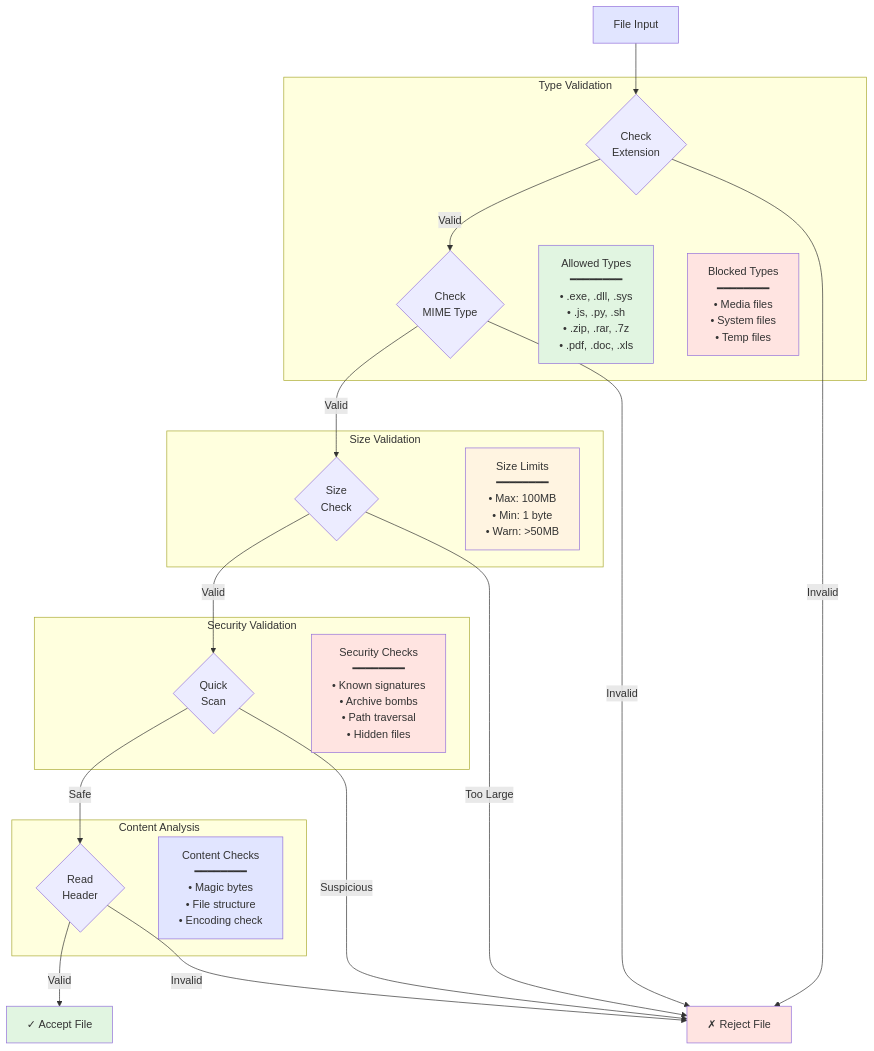
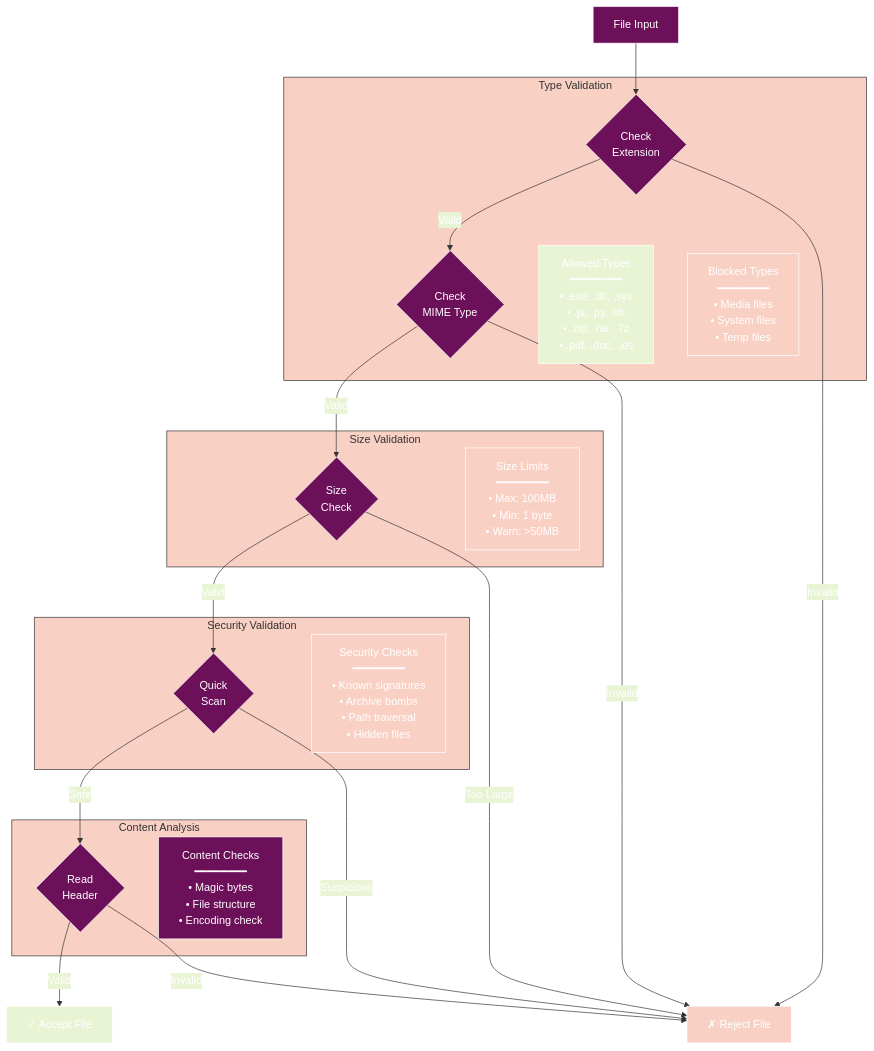
Before and after one commit to radicalkjax/Athena: the fourth of 13 diagrams in docs/components/FILE_UPLOADER.md, drawn with Mermaid. The commit also changed other lines of this file and 27 other files, not shown here.

Commit message:
Introduction of expo package manager. Updated docs to reflect changes. Unified mermaid theme for docs.

````diff
--- a/docs/components/FILE_UPLOADER.md
+++ b/docs/components/FILE_UPLOADER.md
@@ -171,59 +234,80 @@
 ```mermaid
+%%{init: {
+  'theme': 'base',
+  'themeVariables': {
+    'primaryColor': '#6d105a',
+    'primaryTextColor': '#ffffff',
+    'primaryBorderColor': '#ffffff',
+    'lineColor': '#333333',
+    'secondaryColor': '#e8f4d4',
+    'secondaryTextColor': '#333333',
+    'secondaryBorderColor': '#333333',
+    'tertiaryColor': '#f9d0c4',
+    'tertiaryTextColor': '#333333',
+    'tertiaryBorderColor': '#333333',
+    'background': '#ffffff',
+    'mainBkg': '#6d105a',
+    'secondBkg': '#e8f4d4',
+    'tertiaryBkg': '#f9d0c4',
+    'textColor': '#333333',
+    'fontFamily': 'Arial, sans-serif'
+  }
+}}%%
 flowchart TD
     Start[File Input]
     
     subgraph "Type Validation"
         CheckExt{Check<br/>Extension}
         CheckMime{Check<br/>MIME Type}
         
         AllowedTypes[Allowed Types<br/>━━━━━━━━<br/>• .exe, .dll, .sys<br/>• .js, .py, .sh<br/>• .zip, .rar, .7z<br/>• .pdf, .doc, .xls]
         
         BlockedTypes[Blocked Types<br/>━━━━━━━━<br/>• Media files<br/>• System files<br/>• Temp files]
     end
     
     subgraph "Size Validation"
         CheckSize{Size<br/>Check}
         
         SizeLimits[Size Limits<br/>━━━━━━━━<br/>• Max: 100MB<br/>• Min: 1 byte<br/>• Warn: >50MB]
     end
     
     subgraph "Security Validation"
         QuickScan{Quick<br/>Scan}
         
         SecurityChecks[Security Checks<br/>━━━━━━━━<br/>• Known signatures<br/>• Archive bombs<br/>• Path traversal<br/>• Hidden files]
     end
     
     subgraph "Content Analysis"
         ReadHeader{Read<br/>Header}
         
         ContentChecks[Content Checks<br/>━━━━━━━━<br/>• Magic bytes<br/>• File structure<br/>• Encoding check]
     end
     
     Accept[✓ Accept File]
     Reject[✗ Reject File]
     
     Start --> CheckExt
     CheckExt -->|Valid| CheckMime
     CheckExt -->|Invalid| Reject
     
     CheckMime -->|Valid| CheckSize
     CheckMime -->|Invalid| Reject
     
     CheckSize -->|Valid| QuickScan
     CheckSize -->|Too Large| Reject
     
     QuickScan -->|Safe| ReadHeader
     QuickScan -->|Suspicious| Reject
     
     ReadHeader -->|Valid| Accept
     ReadHeader -->|Invalid| Reject
     
-    style Start fill:#e1e5ff
-    style Accept fill:#e1f5e1
-    style Reject fill:#ffe4e1
-    style AllowedTypes fill:#e1f5e1
-    style BlockedTypes fill:#ffe4e1
-    style SizeLimits fill:#fff4e1
-    style SecurityChecks fill:#ffe4e1
-    style ContentChecks fill:#e1e5ff
+    style Start fill:#6d105a
+    style Accept fill:#e8f4d4
+    style Reject fill:#f9d0c4
+    style AllowedTypes fill:#e8f4d4
+    style BlockedTypes fill:#f9d0c4
+    style SizeLimits fill:#f9d0c4
+    style SecurityChecks fill:#f9d0c4
+    style ContentChecks fill:#6d105a
 ```
````
